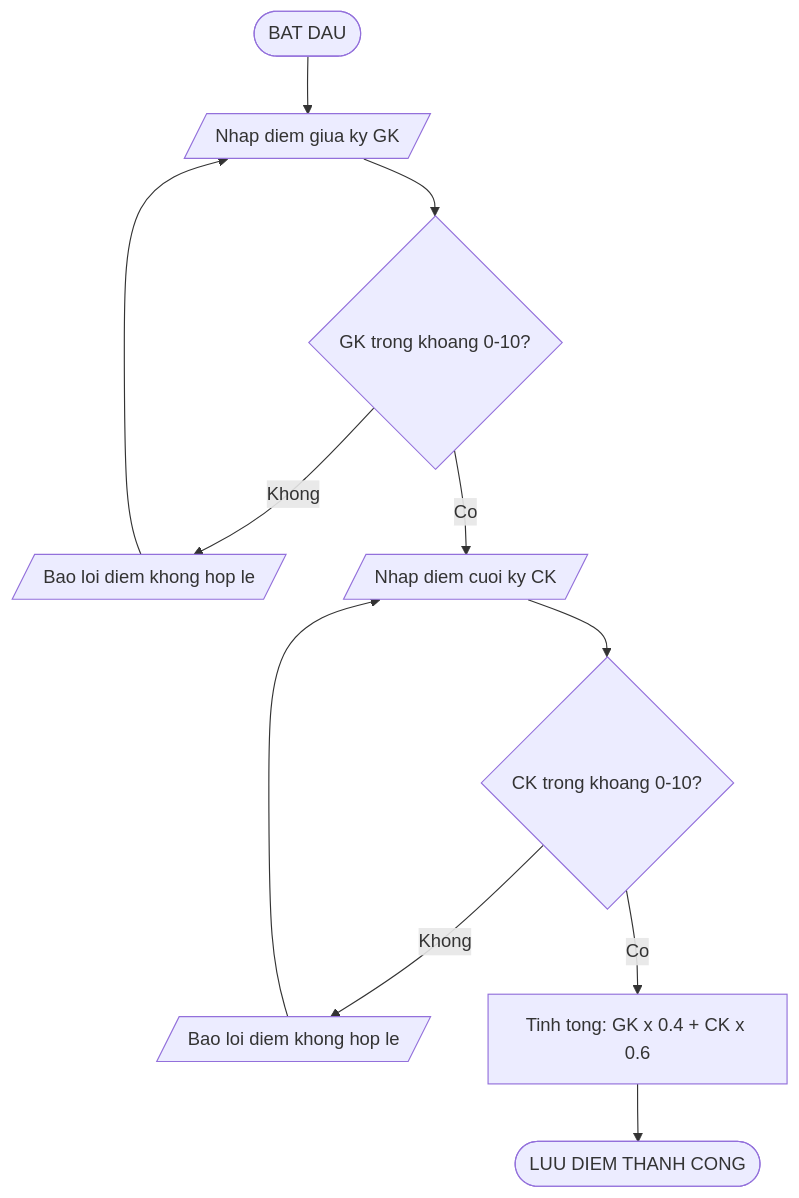
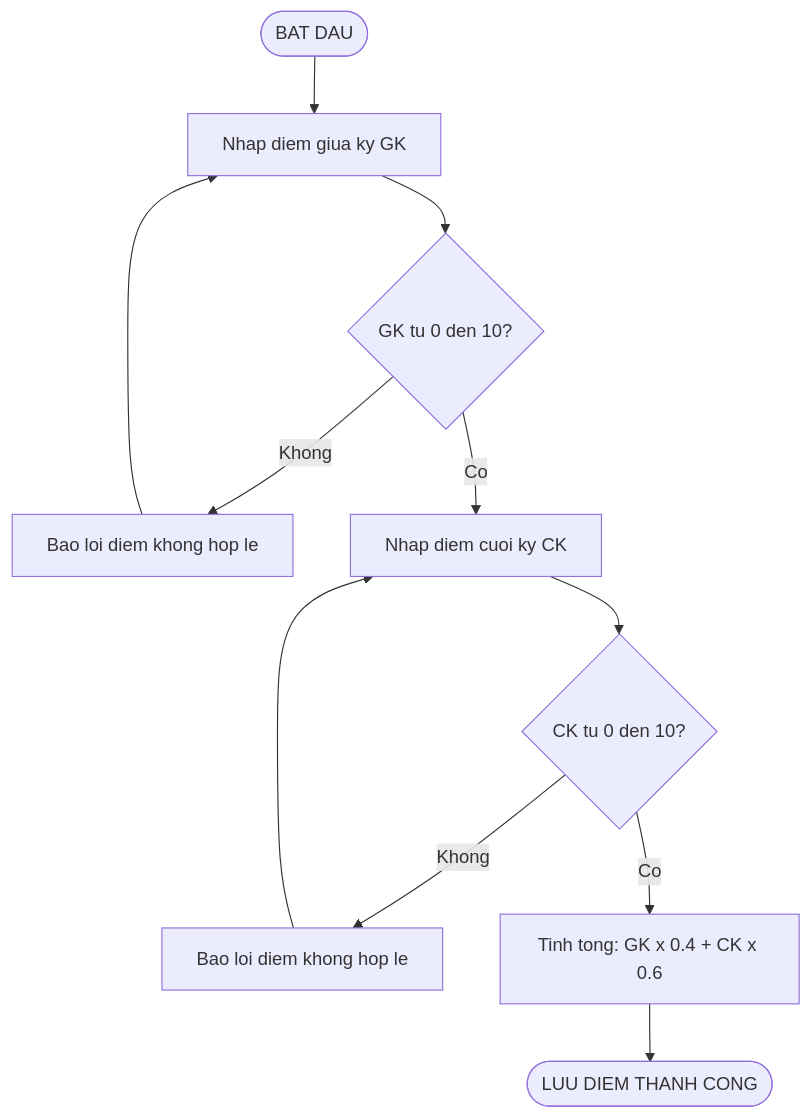
The ninth of 20 diagrams in docs/Flowcharts/Flowcharts.md (phucphuc2006/pro-192), drawn with Mermaid before and after one commit. The commit also changed other lines of this file, not shown here.

Commit message:
Fix Mermaid: remove parallelogram syntax for GitHub

````diff
--- a/docs/Flowcharts/Flowcharts.md
+++ b/docs/Flowcharts/Flowcharts.md
@@ -160,13 +159,13 @@
 ```mermaid
 flowchart TD
-    A([BAT DAU]) --> B[/Nhap diem giua ky GK/]
-    B --> C{GK trong khoang 0-10?}
-    C -->|Khong| D[/Bao loi diem khong hop le/]
+    A([BAT DAU]) --> B[Nhap diem giua ky GK]
+    B --> C{GK tu 0 den 10?}
+    C -->|Khong| D[Bao loi diem khong hop le]
     D --> B
-    C -->|Co| E[/Nhap diem cuoi ky CK/]
-    E --> F{CK trong khoang 0-10?}
-    F -->|Khong| G[/Bao loi diem khong hop le/]
+    C -->|Co| E[Nhap diem cuoi ky CK]
+    E --> F{CK tu 0 den 10?}
+    F -->|Khong| G[Bao loi diem khong hop le]
     G --> E
     F -->|Co| H[Tinh tong: GK x 0.4 + CK x 0.6]
     H --> I([LUU DIEM THANH CONG])
 ```
````
